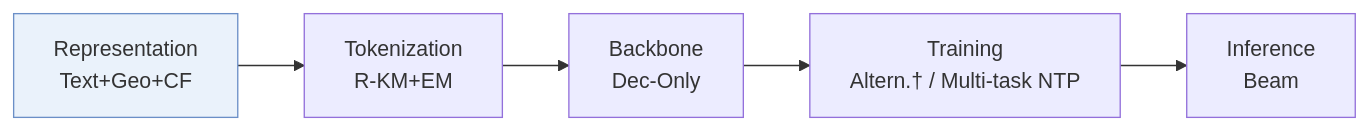
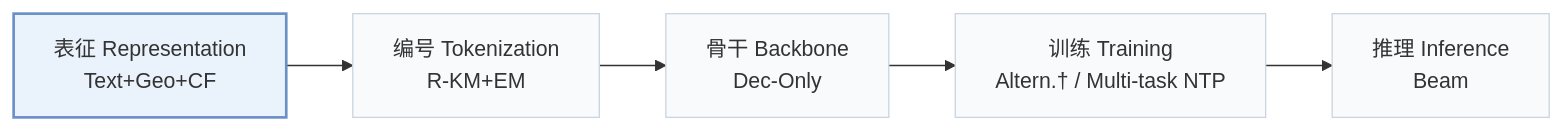
Before and after one commit to Galaxy-ghost/Awesome-SID-Generative-Rec: the first of 3 diagrams in pages/zh/papers/geogr.md, drawn with Mermaid. The commit also changed other lines of this file and 649 other files, not shown here.

Commit message:
writer-05: also tags and modality index (schema, check, build, visuals); summary field removed; calibration data for 12 papers

````diff
--- a/pages/zh/papers/geogr.md
+++ b/pages/zh/papers/geogr.md
@@ -13,6 +15,8 @@
 ```mermaid
 flowchart LR
-    R["Representation<br/>Text+Geo+CF"] --> T["Tokenization<br/>R-KM+EM"] --> B["Backbone<br/>Dec-Only"] --> TR["Training<br/>Altern.† / Multi-task NTP"] --> I["Inference<br/>Beam"]
-    classDef main fill:#eaf2fb,stroke:#6b8fc7
+    R["表征 Representation<br/>Text+Geo+CF"] --> T["编号 Tokenization<br/>R-KM+EM"] --> B["骨干 Backbone<br/>Dec-Only"] --> TR["训练 Training<br/>Altern.† / Multi-task NTP"] --> I["推理 Inference<br/>Beam"]
+    classDef base fill:#f8fafc,stroke:#cbd5e1
+    class R,T,B,TR,I base
+    classDef main fill:#eaf2fb,stroke:#6b8fc7,stroke-width:2px
     class R main
 ```
````
